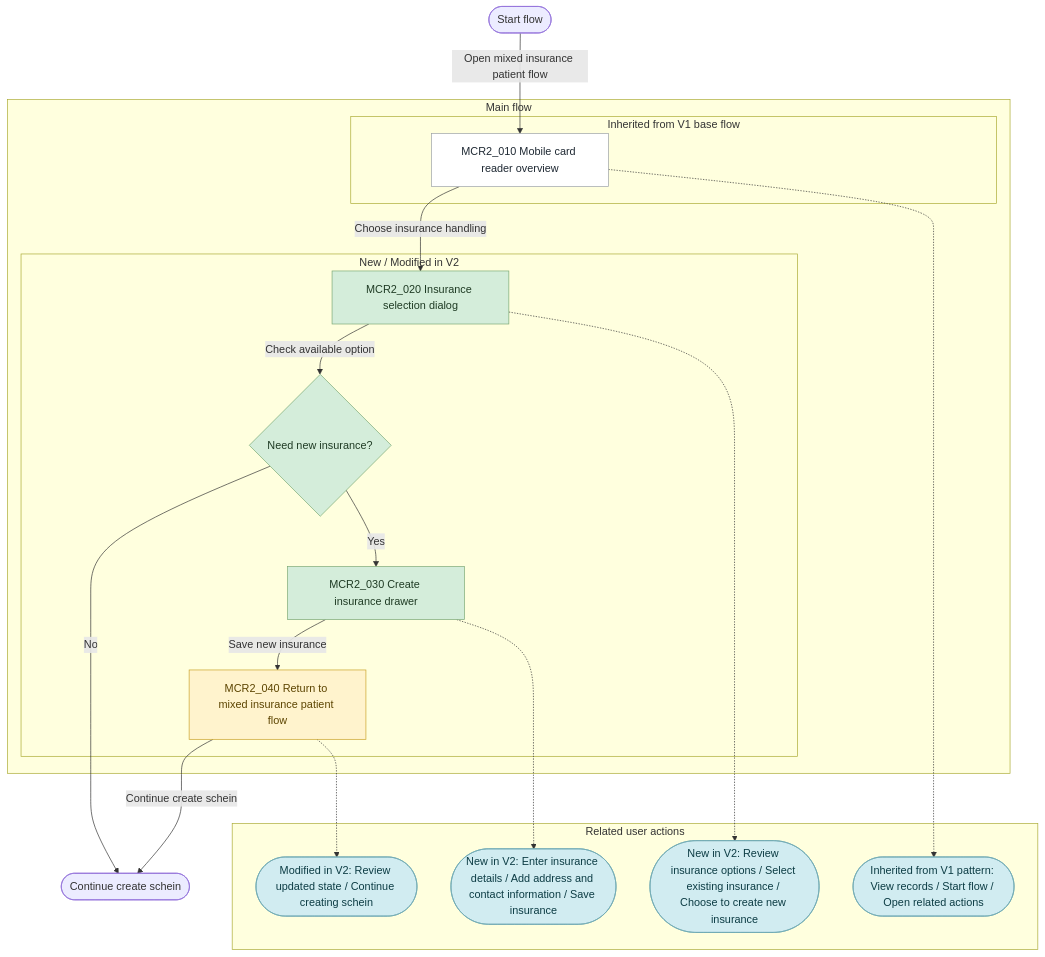
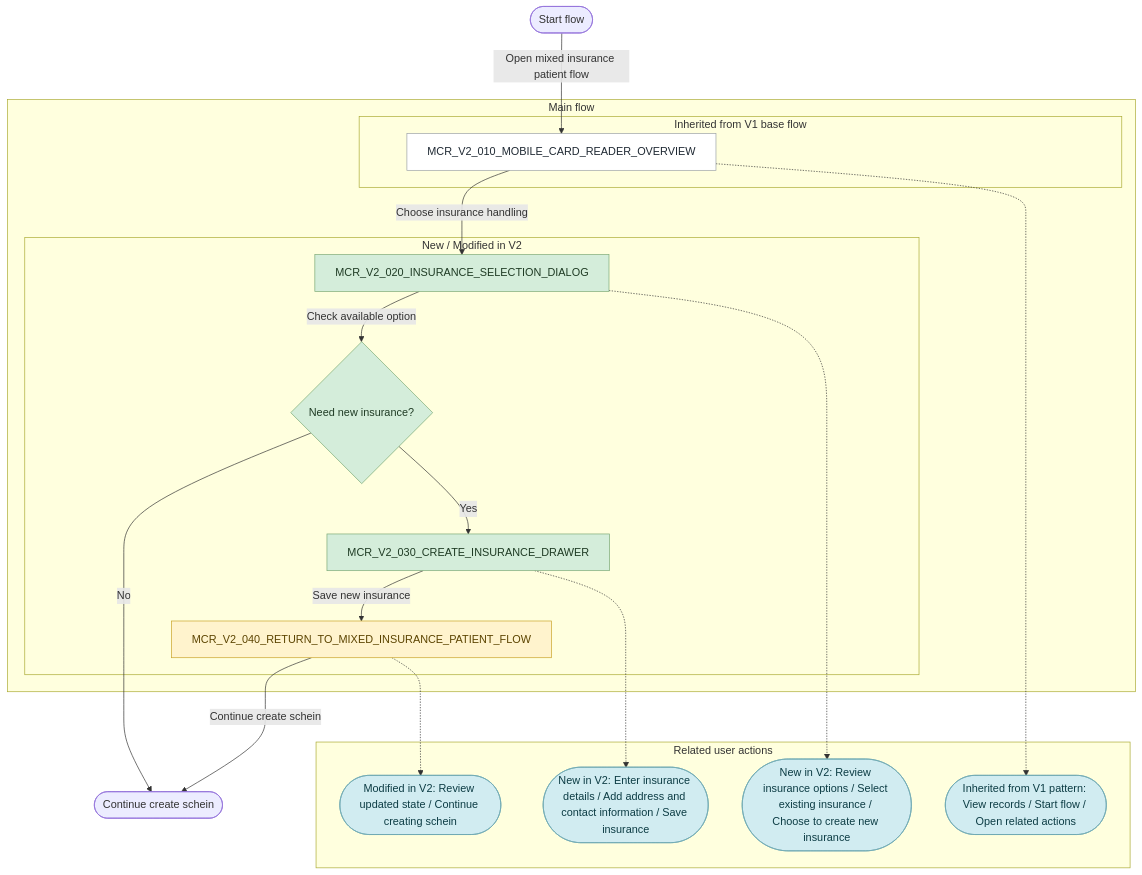
The first of 2 diagrams in docs/artifacts/FLOW260316-mobile-card-reader.md (ngan-ptn/core-pvs-proto), drawn with Mermaid before and after one commit. The commit also changed other lines of this file and 39 other files, not shown here.

````diff
--- a/docs/artifacts/FLOW260316-mobile-card-reader.md
+++ b/docs/artifacts/FLOW260316-mobile-card-reader.md
@@ -26,54 +30,48 @@
 ```mermaid
 flowchart TD
     START2([Start flow])
     END2([Continue create schein])
 
     subgraph MAIN2["Main flow"]
         subgraph BASE2["Inherited from V1 base flow"]
-            MCR2_010["MCR2_010 Mobile card reader overview"]
+            MCR2_010["MCR_V2_010_MOBILE_CARD_READER_OVERVIEW"]
         end
 
         subgraph DELTA2["New / Modified in V2"]
-            MCR2_020["MCR2_020 Insurance selection dialog"]
+            MCR2_020["MCR_V2_020_INSURANCE_SELECTION_DIALOG"]
             MCR2_DECISION{"Need new insurance?"}
-            MCR2_030["MCR2_030 Create insurance drawer"]
-            MCR2_040["MCR2_040 Return to mixed insurance patient flow"]
+            MCR2_030["MCR_V2_030_CREATE_INSURANCE_DRAWER"]
+            MCR2_040["MCR_V2_040_RETURN_TO_MIXED_INSURANCE_PATIENT_FLOW"]
         end
     end
 
     subgraph ACTIONS2["Related user actions"]
         ACT2_010(["Inherited from V1 pattern: View records / Start flow / Open related actions"])
         ACT2_020(["New in V2: Review insurance options / Select existing insurance / Choose to create new insurance"])
         ACT2_030(["New in V2: Enter insurance details / Add address and contact information / Save insurance"])
         ACT2_040(["Modified in V2: Review updated state / Continue creating schein"])
     end
 
     START2 -->|"Open mixed insurance patient flow"| MCR2_010
     MCR2_010 -->|"Choose insurance handling"| MCR2_020
     MCR2_020 -->|"Check available option"| MCR2_DECISION
     MCR2_DECISION -->|"No"| END2
     MCR2_DECISION -->|"Yes"| MCR2_030
     MCR2_030 -->|"Save new insurance"| MCR2_040
     MCR2_040 -->|"Continue create schein"| END2
 
     MCR2_010 -.-> ACT2_010
     MCR2_020 -.-> ACT2_020
     MCR2_030 -.-> ACT2_030
     MCR2_040 -.-> ACT2_040
 
     classDef new fill:#d4edda,stroke:#7aa874,color:#1f3b24;
     classDef modified fill:#fff3cd,stroke:#c9a227,color:#5c4400;
     classDef unchanged fill:#ffffff,stroke:#9aa0a6,color:#1f2933;
     classDef info fill:#d1ecf1,stroke:#6ea8b3,color:#0c3c44;
 
     class MCR2_020,MCR2_DECISION,MCR2_030 new;
     class MCR2_040 modified;
     class MCR2_010 unchanged;
     class ACT2_010,ACT2_020,ACT2_030,ACT2_040 info;
-
-    click MCR2_010 "/Users/nganpham/core-pvs-proto/docs/screenshots/FLOW260316-mobile-card-reader/v2-mcr2_010-mobile-card-reader-overview.png" "Open screenshot"
-    click MCR2_020 "/Users/nganpham/core-pvs-proto/docs/screenshots/FLOW260316-mobile-card-reader/v2-mcr2_020-insurance-selection-dialog.png" "Open screenshot"
-    click MCR2_DECISION "/Users/nganpham/core-pvs-proto/docs/screenshots/FLOW260316-mobile-card-reader/v2-mcr2_decision-need-new-insurance.png" "Open screenshot"
-    click MCR2_030 "/Users/nganpham/core-pvs-proto/docs/screenshots/FLOW260316-mobile-card-reader/v2-mcr2_030-create-insurance-drawer.png" "Open screenshot"
-    click MCR2_040 "/Users/nganpham/core-pvs-proto/docs/screenshots/FLOW260316-mobile-card-reader/v2-mcr2_040-return-to-mixed-insurance-flow.png" "Open screenshot"
 ```
````
